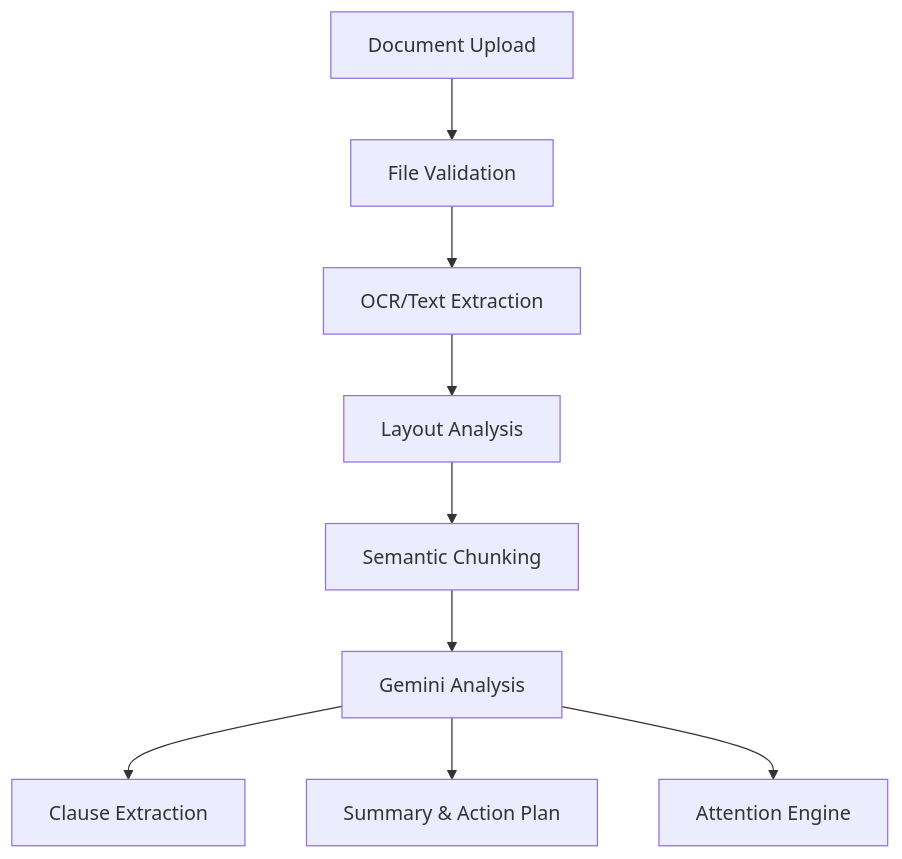
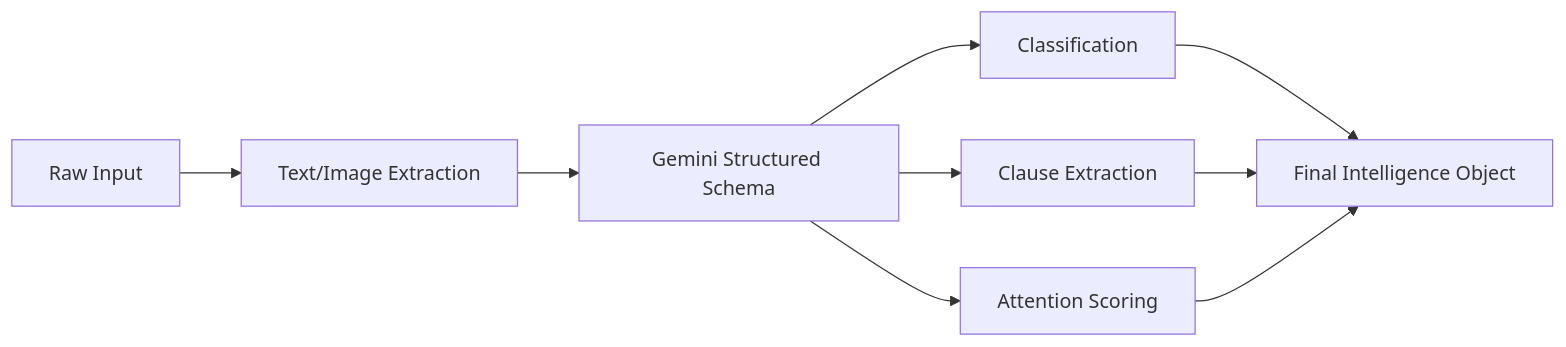
The second of 5 diagrams in README.md (maniraja7806-afk/NyayaLens-AI), drawn with Mermaid before and after one commit. The commit also changed other lines of this file, not shown here.

````diff
--- a/README.md
+++ b/README.md
@@ -51,11 +65,11 @@
 ```mermaid
-graph TD
-    A[Document Upload] --> B[File Validation]
-    B --> C[OCR/Text Extraction]
-    C --> D[Layout Analysis]
-    D --> E[Semantic Chunking]
-    E --> F[Gemini Analysis]
-    F --> G[Clause Extraction]
-    F --> H[Summary & Action Plan]
-    F --> I[Attention Engine]
+graph LR
+    A[Raw Input] --> B[Text/Image Extraction]
+    B --> C[Gemini Structured Schema]
+    C --> D[Classification]
+    C --> E[Clause Extraction]
+    C --> F[Attention Scoring]
+    D --> G[Final Intelligence Object]
+    E --> G
+    F --> G
 ```
````
